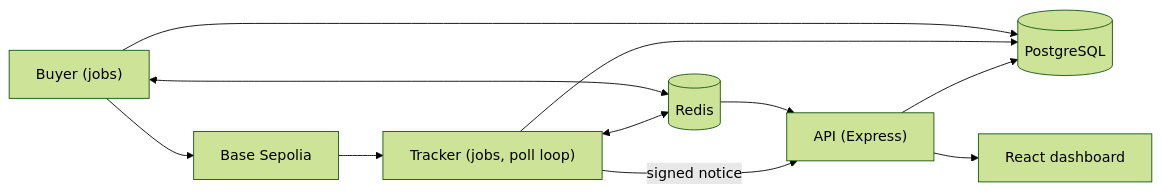
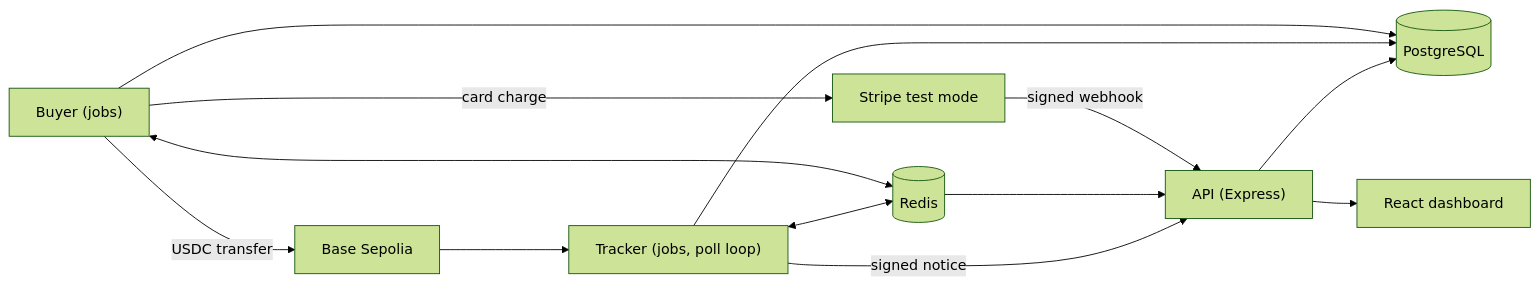
Before and after one commit to batihandev/payment-pipeline-demo: the diagram in README.md, drawn with Mermaid (forest theme). The commit also changed other lines of this file and 1 other file, not shown here.

Commit message:
Document the card rail

````diff
--- a/README.md
+++ b/README.md
@@ -5,13 +7,15 @@
 ```mermaid
 flowchart LR
-  Buyer["Buyer (jobs)"] --> Chain[Base Sepolia]
+  Buyer["Buyer (jobs)"] -- USDC transfer --> Chain[Base Sepolia]
+  Buyer -- card charge --> Stripe[Stripe test mode]
   Chain --> Tracker["Tracker (jobs, poll loop)"]
+  Stripe -- signed webhook --> API
   Buyer --> DB[(PostgreSQL)]
   Tracker --> DB
   Buyer <--> Redis[(Redis)]
   Tracker <--> Redis
   Redis --> API["API (Express)"]
   Tracker -- signed notice --> API
   API --> DB
   API --> Web[React dashboard]
 ```
````
